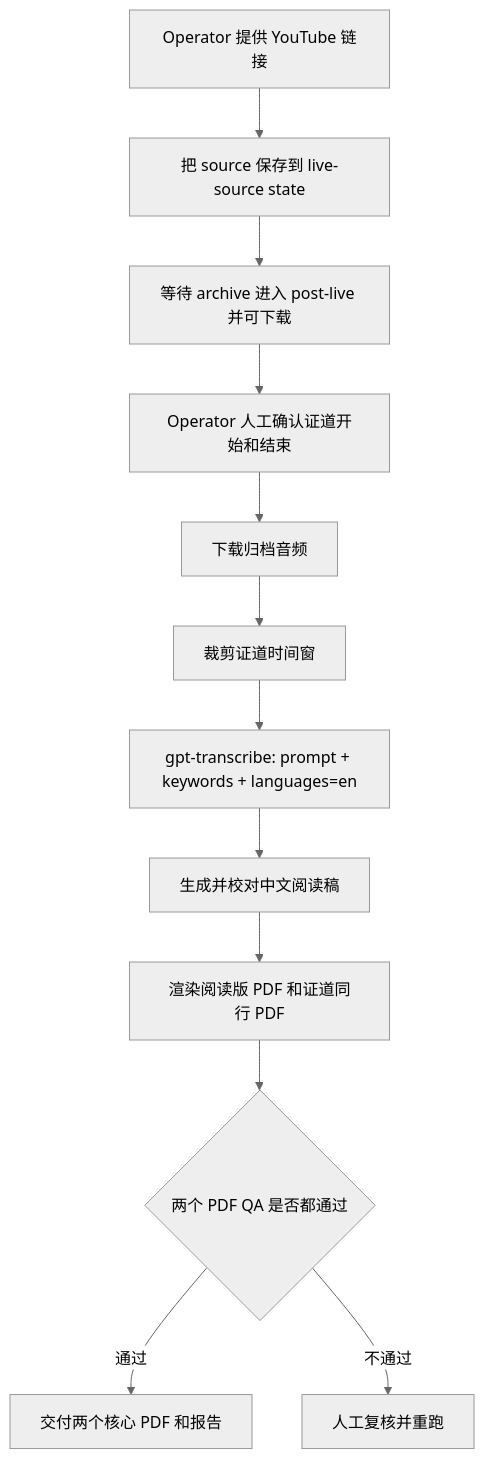
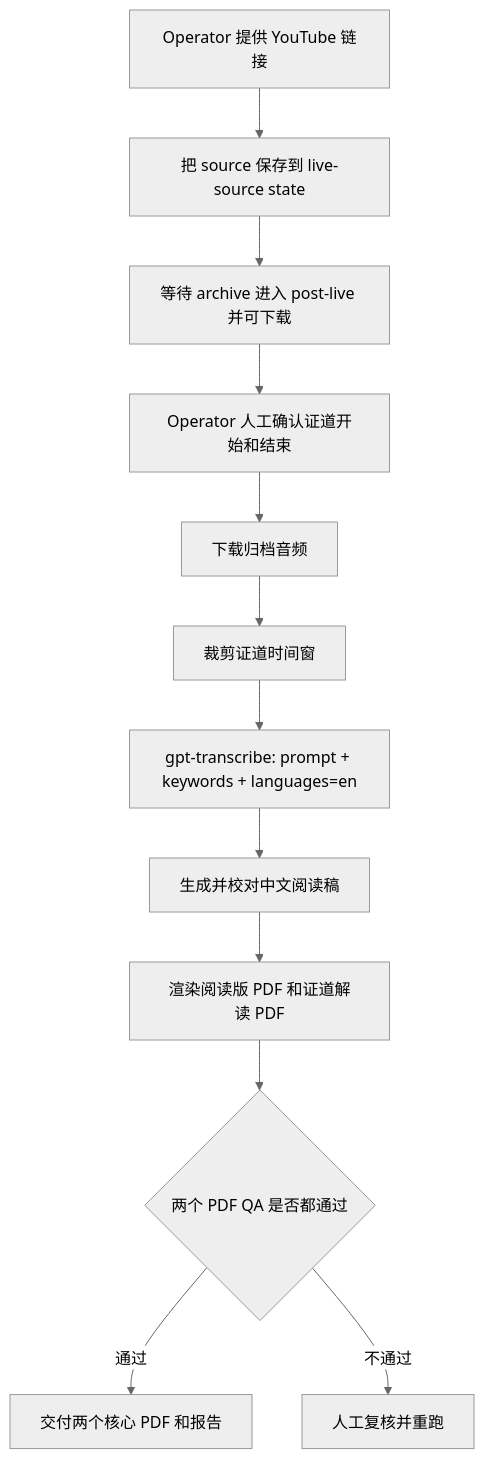
The diagram in docs/stable-post-live-reading-pdf-workflow.zh.md (JonathanJing/sermon-video-zh-subtitles), drawn with Mermaid (neutral theme) before and after one commit. The commit also changed other lines of this file and 23 other files, not shown here.

````diff
--- a/docs/stable-post-live-reading-pdf-workflow.zh.md
+++ b/docs/stable-post-live-reading-pdf-workflow.zh.md
@@ -28,14 +28,14 @@
 ```mermaid
 flowchart TD
     A[Operator 提供 YouTube 链接] --> B[把 source 保存到 live-source state]
     B --> C[等待 archive 进入 post-live 并可下载]
     C --> D[Operator 人工确认证道开始和结束]
     D --> E[下载归档音频]
     E --> F[裁剪证道时间窗]
     F --> G["gpt-transcribe: prompt + keywords + languages=en"]
     G --> H[生成并校对中文阅读稿]
-    H --> I[渲染阅读版 PDF 和证道同行 PDF]
+    H --> I[渲染阅读版 PDF 和证道解读 PDF]
     I --> J{两个 PDF QA 是否都通过}
     J -- 通过 --> K[交付两个核心 PDF 和报告]
     J -- 不通过 --> L[人工复核并重跑]
 ```
````
